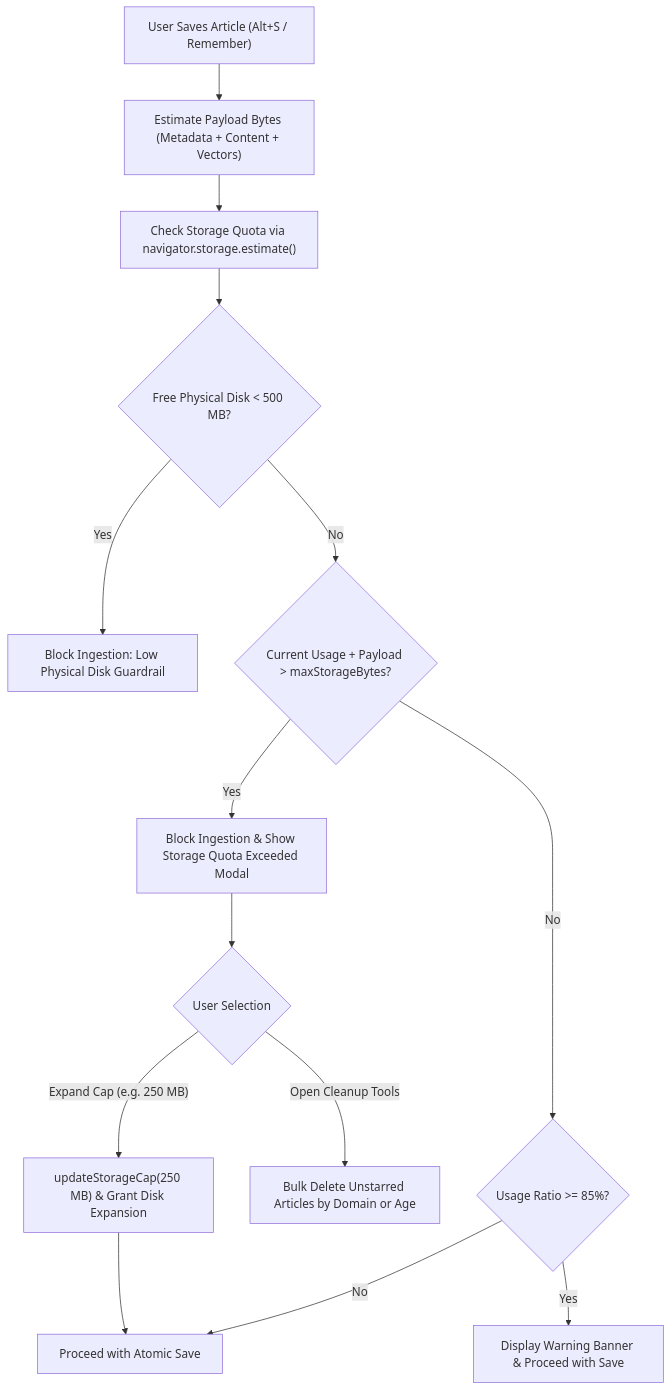
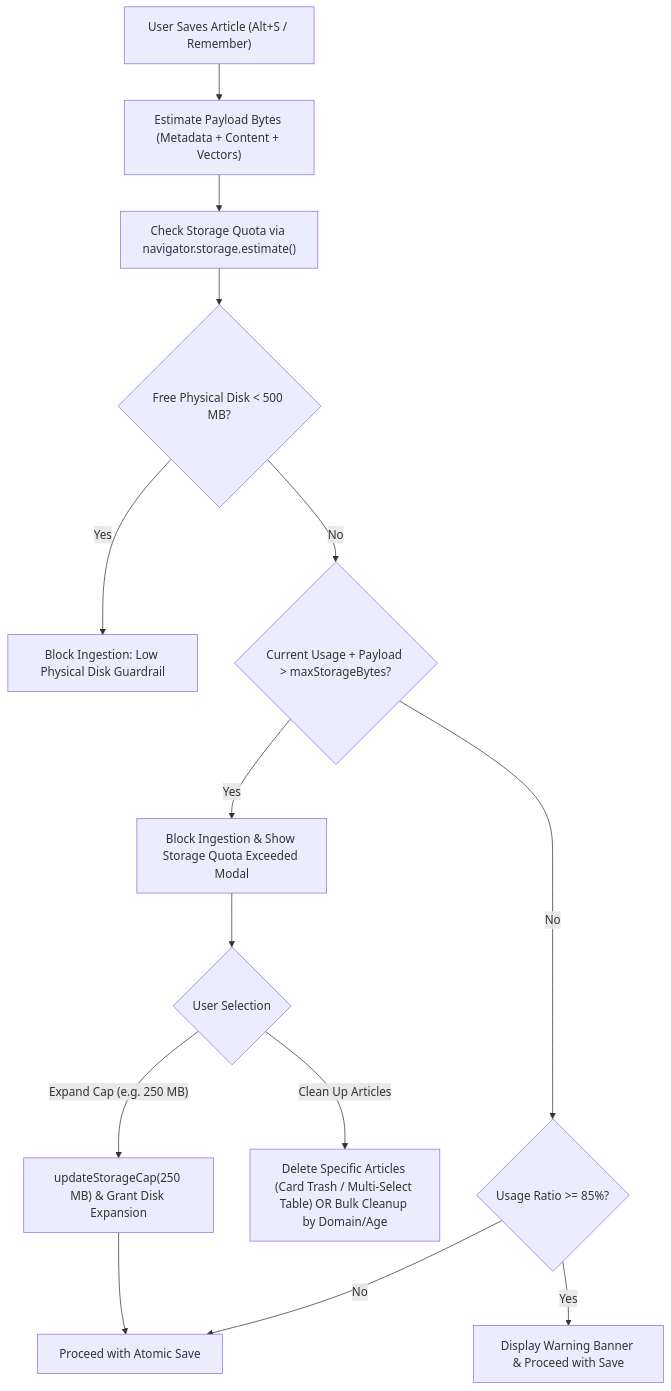
Before and after one commit to savelii-prysiazhnyi-dev/chrome-rag-knowledge-base-extension: the second of 2 diagrams in docs/storage-engine.md, drawn with Mermaid. The commit also changed other lines of this file and 1 other file, not shown here.

Commit message:
docs(storage): clarify specific article deletion options in quota gatekeeper

````diff
--- a/docs/storage-engine.md
+++ b/docs/storage-engine.md
@@ -166,16 +166,16 @@
 ```mermaid
 flowchart TD
     Start["User Saves Article (Alt+S / Remember)"] --> Est["Estimate Payload Bytes (Metadata + Content + Vectors)"]
     Est --> Check["Check Storage Quota via navigator.storage.estimate()"]
     Check --> DiskCheck{"Free Physical Disk < 500 MB?"}
     DiskCheck -- Yes --> BlockDisk["Block Ingestion: Low Physical Disk Guardrail"]
     DiskCheck -- No --> CapCheck{"Current Usage + Payload > maxStorageBytes?"}
     CapCheck -- Yes --> PromptModal["Block Ingestion & Show Storage Quota Exceeded Modal"]
     PromptModal --> UserChoice{"User Selection"}
     UserChoice -- "Expand Cap (e.g. 250 MB)" --> UpdateCap["updateStorageCap(250 MB) & Grant Disk Expansion"]
-    UserChoice -- "Open Cleanup Tools" --> Cleanup["Bulk Delete Unstarred Articles by Domain or Age"]
+    UserChoice -- "Clean Up Articles" --> Cleanup["Delete Specific Articles (Card Trash / Multi-Select Table) OR Bulk Cleanup by Domain/Age"]
     UpdateCap --> Save["Proceed with Atomic Save"]
     CapCheck -- No --> WarnCheck{"Usage Ratio >= 85%?"}
     WarnCheck -- Yes --> ShowWarn["Display Warning Banner & Proceed with Save"]
     WarnCheck -- No --> Save
 ```
````
